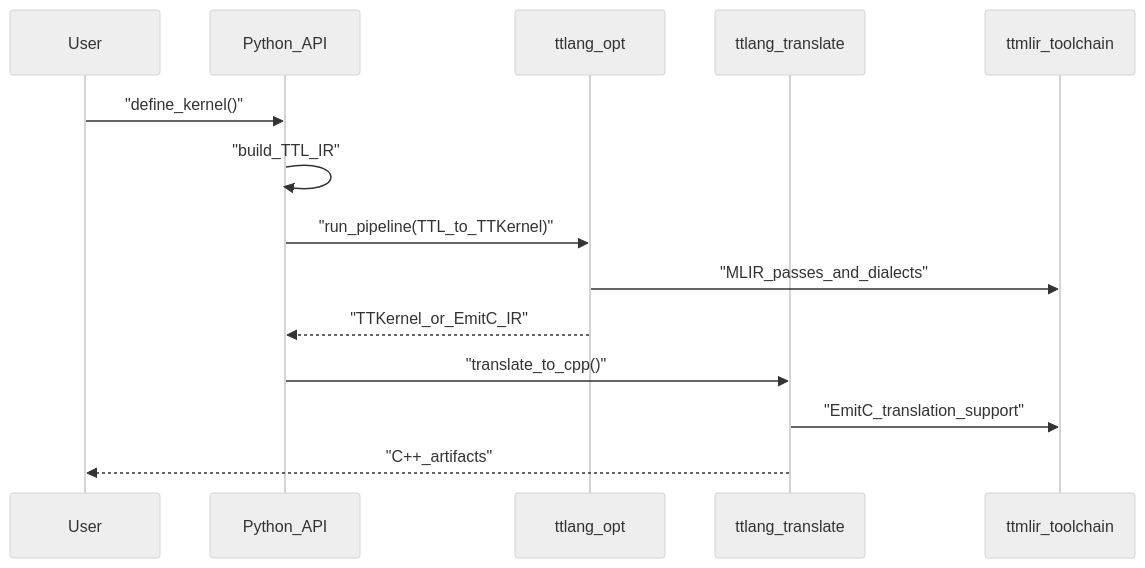
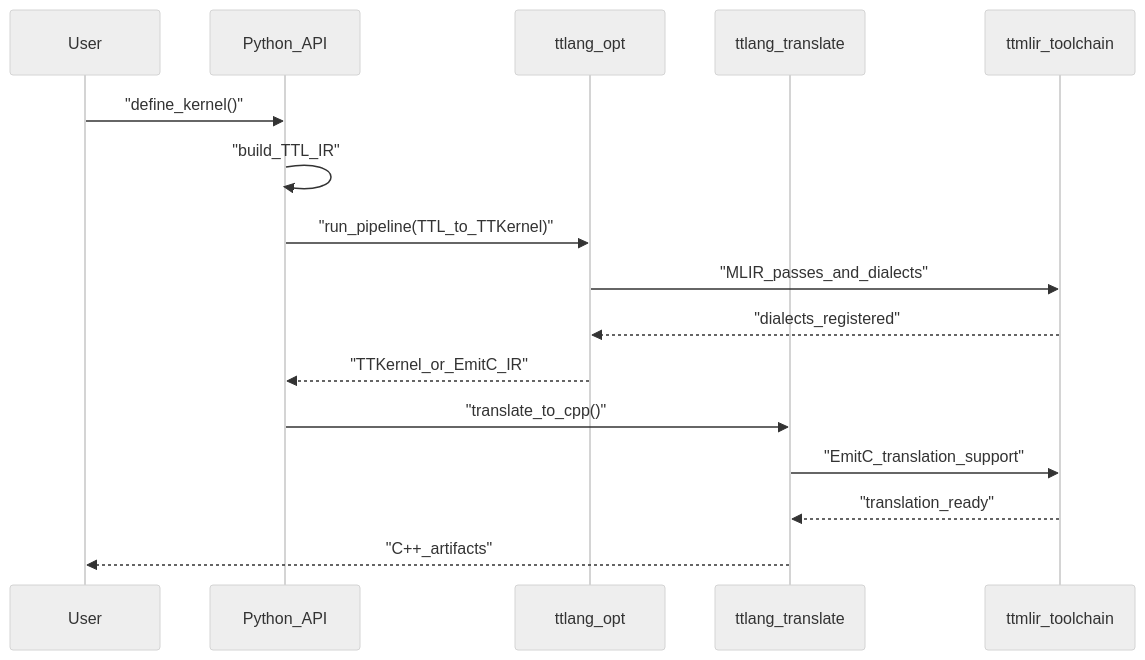
The third of 6 diagrams in docs/01_Architecture/01_HighLevelDesign.md (RedOrangeSweater/ML.TT.Lang), drawn with Mermaid (neutral theme) before and after one commit.

Commit message:
[1 Arch] Update High-Level Design documentation to reflect toolchain interactions
This commit enhances the High-Level Design document by adding details about the interactions between the Optimizer, Toolchain, and Translator components. Key updates include:

- Added sequence diagram elements to illustrate the registration of dialects and readiness of translation support within the toolchain.
- Improved clarity on the flow of data and control between the components, aiding in the understanding of the overall architecture.

These updates serve to provide a more comprehensive view of the system's architecture and facilitate better understanding for developers and contributors.

````diff
--- a/docs/01_Architecture/01_HighLevelDesign.md
+++ b/docs/01_Architecture/01_HighLevelDesign.md
@@ -127,17 +127,19 @@
 ```mermaid
 sequenceDiagram
   participant User as User
   participant Py as Python_API
   participant Optimizer as ttlang_opt
   participant Translator as ttlang_translate
   participant Toolchain as ttmlir_toolchain
 
   User->>Py: "define_kernel()"
   Py->>Py: "build_TTL_IR"
   Py->>Optimizer: "run_pipeline(TTL_to_TTKernel)"
   Optimizer->>Toolchain: "MLIR_passes_and_dialects"
+  Toolchain-->>Optimizer: "dialects_registered"
   Optimizer-->>Py: "TTKernel_or_EmitC_IR"
   Py->>Translator: "translate_to_cpp()"
   Translator->>Toolchain: "EmitC_translation_support"
+  Toolchain-->>Translator: "translation_ready"
   Translator-->>User: "C++_artifacts"
 ```
````
